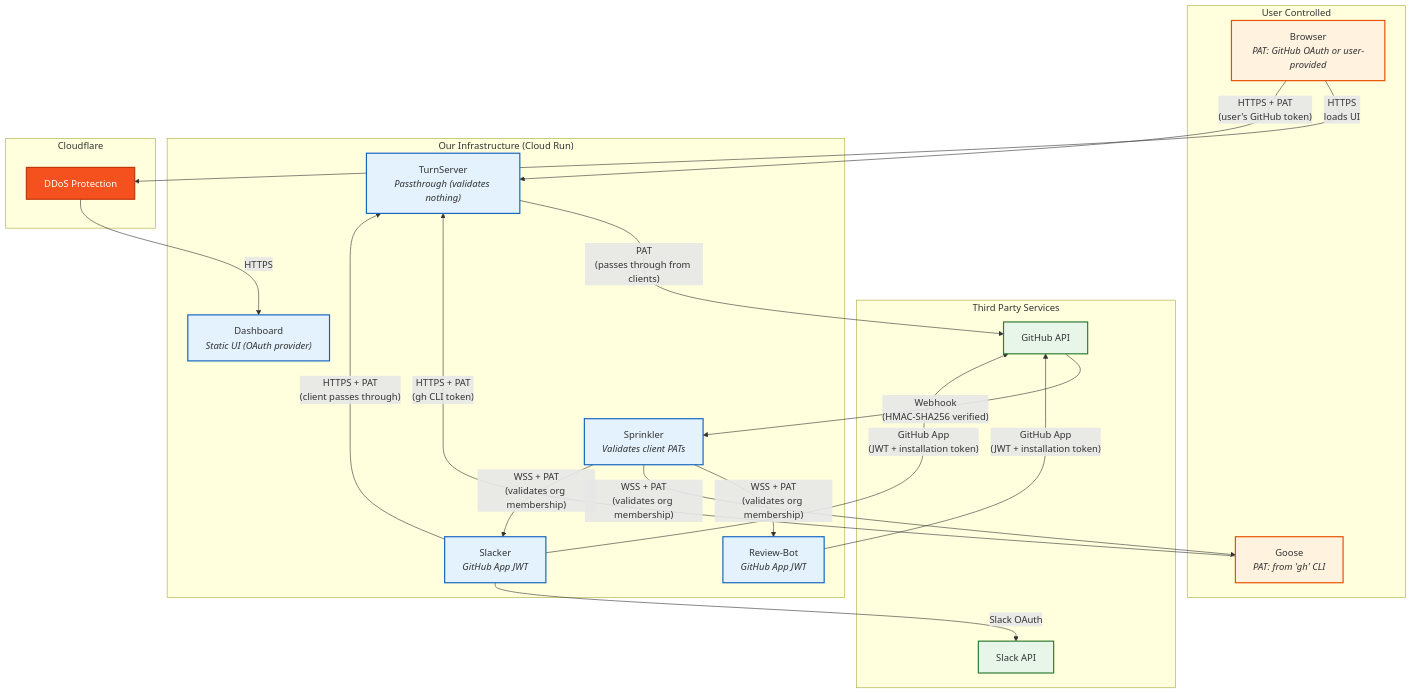
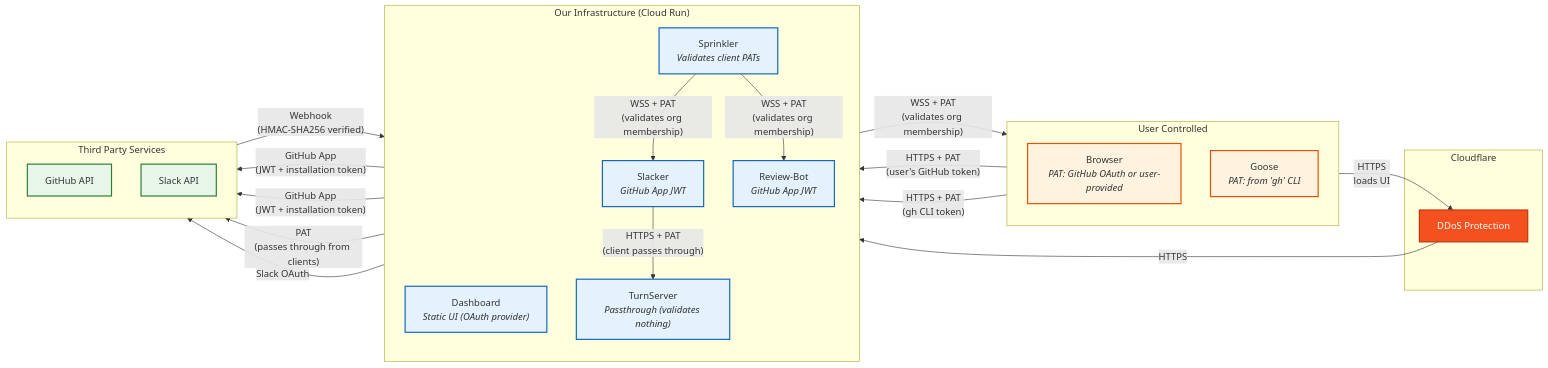
The third of 3 diagrams in README.md (codeGROOVE-dev/architecture), drawn with Mermaid before and after one commit.

Commit message:
reflow trust boundaries

````diff
--- a/README.md
+++ b/README.md
@@ -143,53 +143,56 @@
 ```mermaid
-flowchart TB
+flowchart LR
     subgraph UC["User Controlled"]
+        direction TB
         Browser["Browser<br/><i>PAT: GitHub OAuth or user-provided</i>"]
         Goose["Goose<br/><i>PAT: from 'gh' CLI</i>"]
     end
 
-    subgraph TP["Third Party Services"]
-        GitHub["GitHub API"]
-        Slack["Slack API"]
+    subgraph CF["Cloudflare"]
+        CFProxy["DDoS Protection"]
     end
 
     subgraph OI["Our Infrastructure (Cloud Run)"]
+        direction TB
         Dashboard["Dashboard<br/><i>Static UI (OAuth provider)</i>"]
+        TurnServer["TurnServer<br/><i>Passthrough (validates nothing)</i>"]
         Sprinkler["Sprinkler<br/><i>Validates client PATs</i>"]
         ReviewBot["Review-Bot<br/><i>GitHub App JWT</i>"]
         Slacker["Slacker<br/><i>GitHub App JWT</i>"]
-        TurnServer["TurnServer<br/><i>Passthrough (validates nothing)</i>"]
     end
 
-    subgraph CF["Cloudflare"]
-        CFProxy["DDoS Protection"]
+    subgraph TP["Third Party Services"]
+        direction TB
+        GitHub["GitHub API"]
+        Slack["Slack API"]
     end
 
     Browser -->|"HTTPS<br/>loads UI"| CFProxy
     CFProxy -->|HTTPS| Dashboard
 
     Browser -->|"HTTPS + PAT<br/>(user's GitHub token)"| TurnServer
     Goose -->|"HTTPS + PAT<br/>(gh CLI token)"| TurnServer
     Slacker -->|"HTTPS + PAT<br/>(client passes through)"| TurnServer
 
     GitHub -->|"Webhook<br/>(HMAC-SHA256 verified)"| Sprinkler
 
     Sprinkler -->|"WSS + PAT<br/>(validates org membership)"| ReviewBot
     Sprinkler -->|"WSS + PAT<br/>(validates org membership)"| Goose
     Sprinkler -->|"WSS + PAT<br/>(validates org membership)"| Slacker
 
     ReviewBot -->|"GitHub App<br/>(JWT + installation token)"| GitHub
     Slacker -->|"GitHub App<br/>(JWT + installation token)"| GitHub
     TurnServer -->|"PAT<br/>(passes through from clients)"| GitHub
 
     Slacker -->|"Slack OAuth"| Slack
 
     classDef user fill:#fff3e0,stroke:#e65100,stroke-width:2px
     classDef third fill:#e8f5e9,stroke:#2e7d32,stroke-width:2px
     classDef ours fill:#e3f2fd,stroke:#1565c0,stroke-width:2px
     classDef cloudflare fill:#f4511e,stroke:#bf360c,stroke-width:2px,color:#fff
 
     class Browser,Goose user
     class GitHub,Slack third
     class Dashboard,Sprinkler,ReviewBot,Slacker,TurnServer ours
     class CFProxy cloudflare
 ```
````
